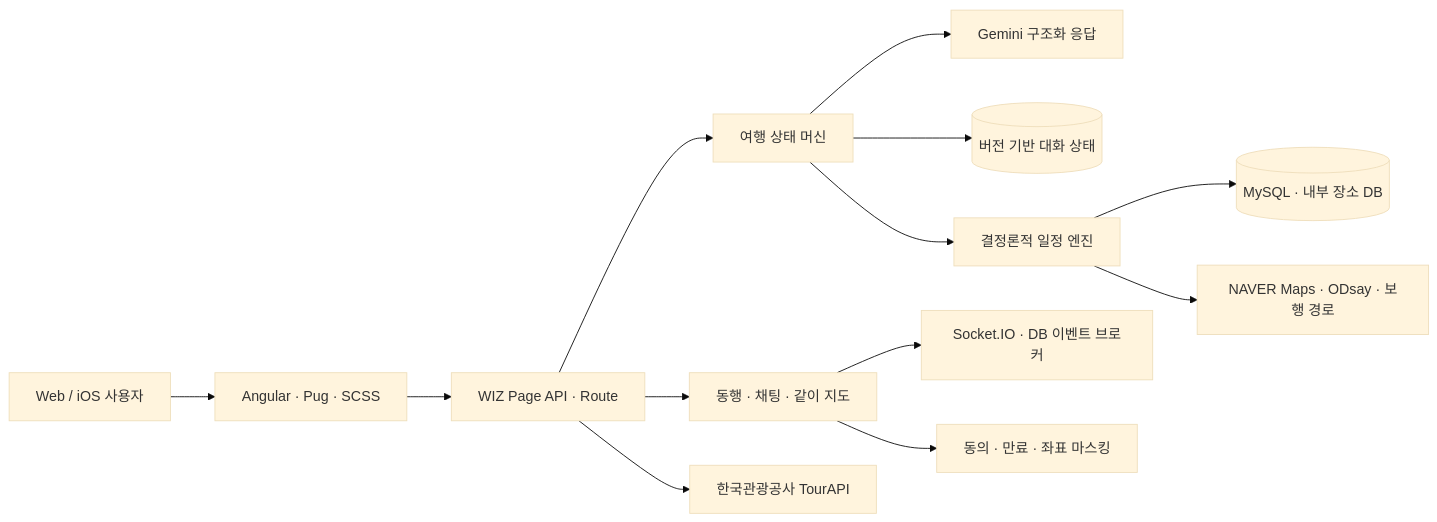
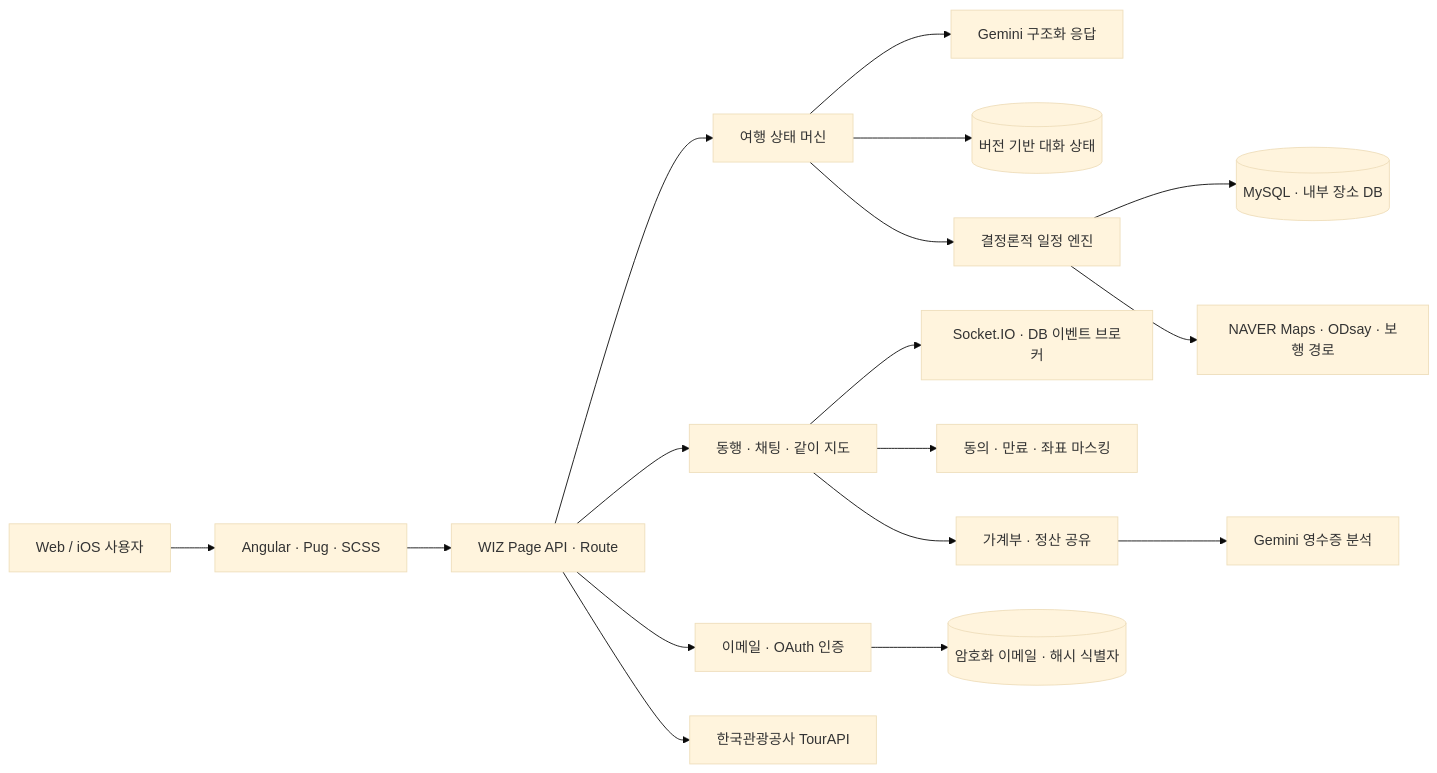
Before and after one commit to xericen/GACHI: the first of 2 diagrams in README.md, drawn with Mermaid (base theme). The commit also changed other lines of this file, not shown here.

````diff
--- a/README.md
+++ b/README.md
@@ -144,15 +162,19 @@
 ```mermaid
 flowchart LR
     U[Web / iOS 사용자] --> UI[Angular · Pug · SCSS]
     UI --> API[WIZ Page API · Route]
     API --> STATE[여행 상태 머신]
     API --> SOCIAL[동행 · 채팅 · 같이 지도]
+    API --> AUTH[이메일 · OAuth 인증]
     STATE --> AI[Gemini 구조화 응답]
     STATE --> THREAD[(버전 기반 대화 상태)]
     STATE --> ENGINE[결정론적 일정 엔진]
     ENGINE --> DB[(MySQL · 내부 장소 DB)]
     ENGINE --> MAP[NAVER Maps · ODsay · 보행 경로]
     SOCIAL --> SOCKET[Socket.IO · DB 이벤트 브로커]
     SOCIAL --> SAFETY[동의 · 만료 · 좌표 마스킹]
+    SOCIAL --> LEDGER[가계부 · 정산 공유]
+    LEDGER --> VISION[Gemini 영수증 분석]
+    AUTH --> ID[(암호화 이메일 · 해시 식별자)]
     API --> TOUR[한국관광공사 TourAPI]
 ```
````
